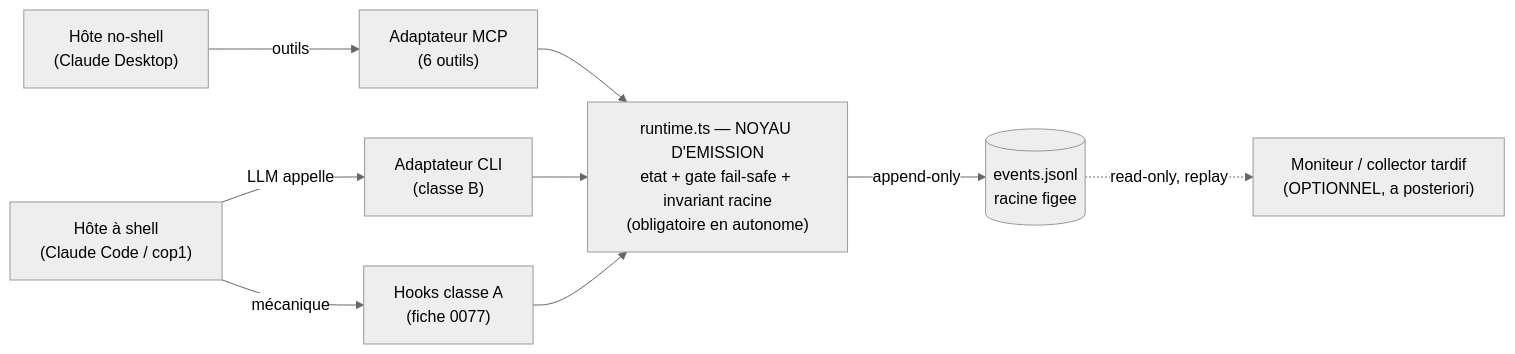
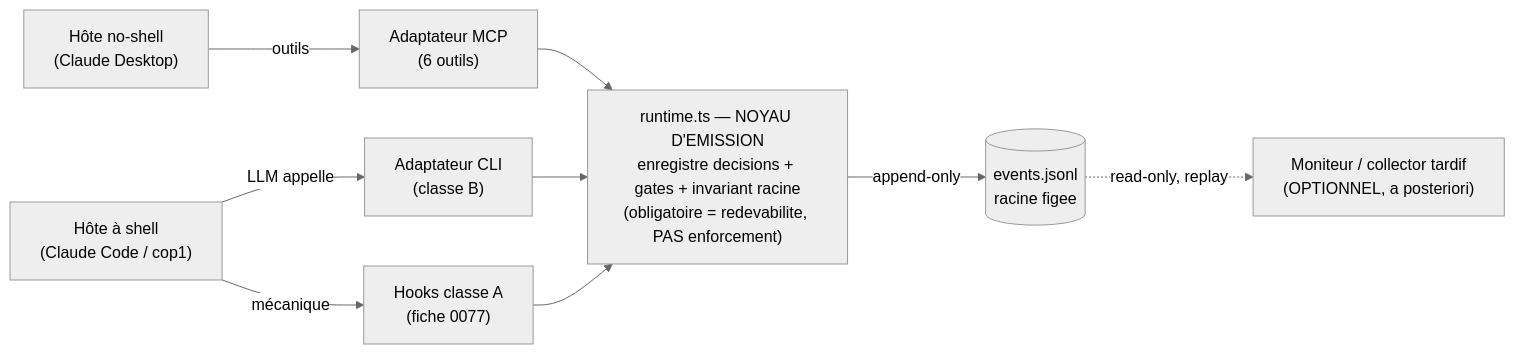
Before and after one commit to elzinko/vectorz: the diagram in docs/adr/ADR-036-transport-emission-separable-du-runtime.md, drawn with Mermaid (neutral theme). The commit also changed other lines of this file, not shown here.

First line of the commit message:
docs(adr): ADR-036 — l'émetteur ENREGISTRE le gate, il ne l'APPLIQUE pas (retour Codex P1)

````diff
--- a/docs/adr/ADR-036-transport-emission-separable-du-runtime.md
+++ b/docs/adr/ADR-036-transport-emission-separable-du-runtime.md
@@ -36,11 +36,11 @@
 ```mermaid
 flowchart LR
     D["Hôte no-shell<br/>(Claude Desktop)"] -->|outils| MCP["Adaptateur MCP<br/>(6 outils)"]
     C["Hôte à shell<br/>(Claude Code / cop1)"] -->|LLM appelle| CLI["Adaptateur CLI<br/>(classe B)"]
     C -->|mécanique| HK["Hooks classe A<br/>(fiche 0077)"]
     MCP --> RT
     CLI --> RT
     HK --> RT
-    RT["runtime.ts — NOYAU D'EMISSION<br/>etat + gate fail-safe + invariant racine<br/>(obligatoire en autonome)"] -->|append-only| F[("events.jsonl<br/>racine figee")]
+    RT["runtime.ts — NOYAU D'EMISSION<br/>enregistre decisions + gates + invariant racine<br/>(obligatoire = redevabilite, PAS enforcement)"] -->|append-only| F[("events.jsonl<br/>racine figee")]
     F -.->|read-only, replay| MON["Moniteur / collector tardif<br/>(OPTIONNEL, a posteriori)"]
 ```
````
